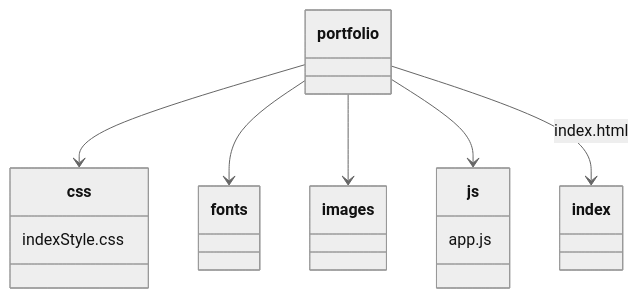
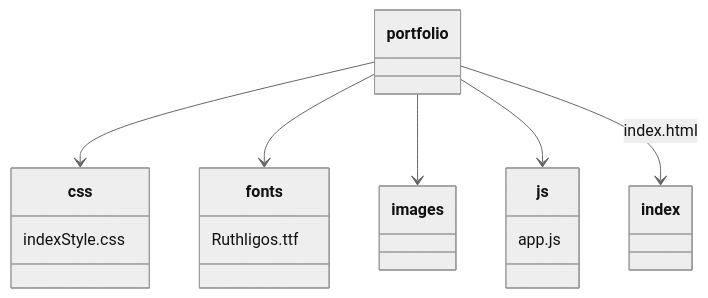
One commit to KartikVerma0/portfolio changed the diagram in README.md. Above: the diagram before and after it, drawn with Mermaid (neutral theme).

````diff
--- a/README.md
+++ b/README.md
@@ -6,11 +6,12 @@
 ```mermaid
 classDiagram
 portfolio --> css
 portfolio --> fonts
 portfolio --> images
 portfolio --> js
 portfolio --> index : index.html
 
 css:indexStyle.css
 js:app.js
+fonts:Ruthligos.ttf
 ```
````
